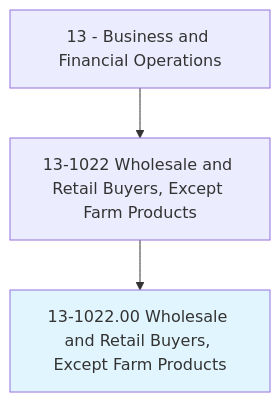
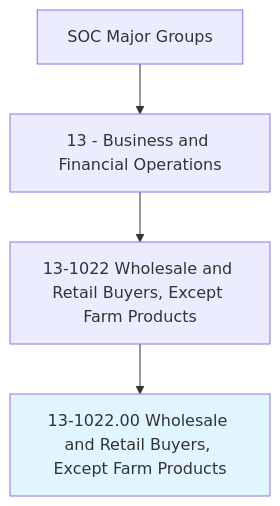
The first of 4 diagrams in occupations/Business/WholesaleAndRetailBuyersExceptFarmProducts.mdx (kziemski/business.org.ai), drawn with Mermaid before and after one commit. The commit also changed other lines of this file and 938 other files, not shown here.

````diff
--- a/occupations/Business/WholesaleAndRetailBuyersExceptFarmProducts.mdx
+++ b/occupations/Business/WholesaleAndRetailBuyersExceptFarmProducts.mdx
@@ -19,6 +25,7 @@
 ```mermaid
 graph TD
-    Cat13["13 - Business and Financial Operations"] --> Group131022["13-1022 Wholesale and Retail Buyers, Except Farm Products"]
-    Group131022 --> Current["13-1022.00 Wholesale and Retail Buyers, Except Farm Products"]
+    SOC["SOC Major Groups"] --> Cat13["13 - Business and Financial Operations"]
+    Cat13 --> G131022["13-1022 Wholesale and Retail Buyers, Except Farm Products"]
+    G131022 --> Current["13-1022.00 Wholesale and Retail Buyers, Except Farm Products"]
     style Current fill:#e1f5fe
 ```
````
